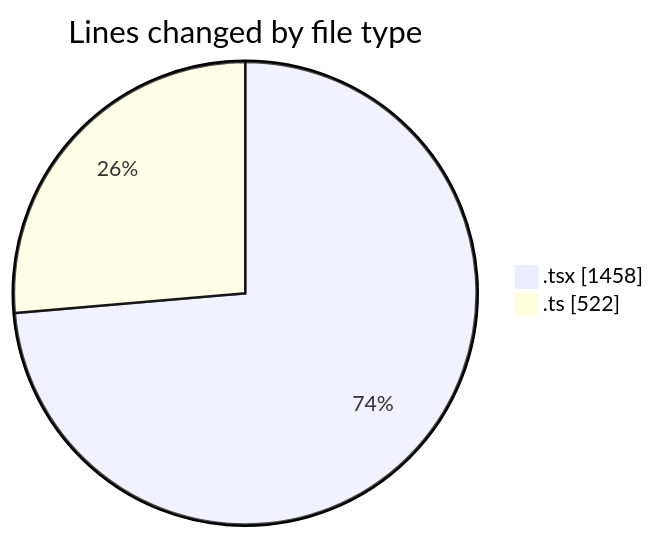
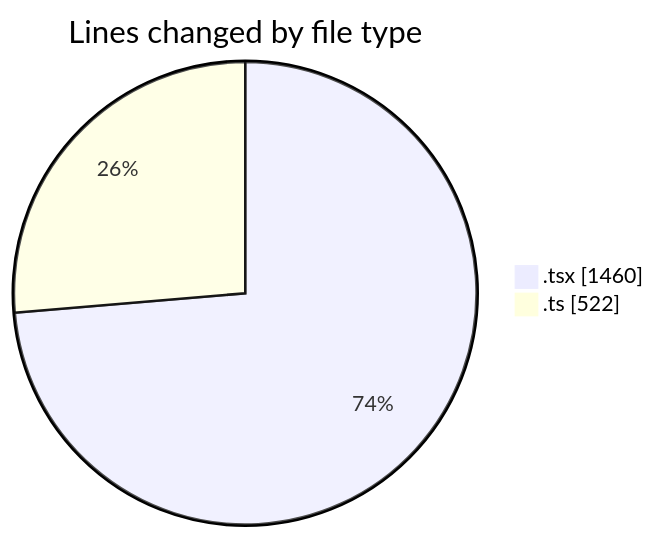
One commit to nxtqubesakshisongat/code-tracking changed the first of 2 diagrams in 2026-04-03/nxtqube_webapp/README.md. Above: the diagram before and after it, drawn with Mermaid. The commit also changed other lines of this file and 1 other file, not shown here.

````diff
--- a/2026-04-03/nxtqube_webapp/README.md
+++ b/2026-04-03/nxtqube_webapp/README.md
@@ -22,6 +22,6 @@
 ```mermaid
 pie showData
 title Lines changed by file type
-".tsx" : 1458
+".tsx" : 1460
 ".ts" : 522
 ```
````
